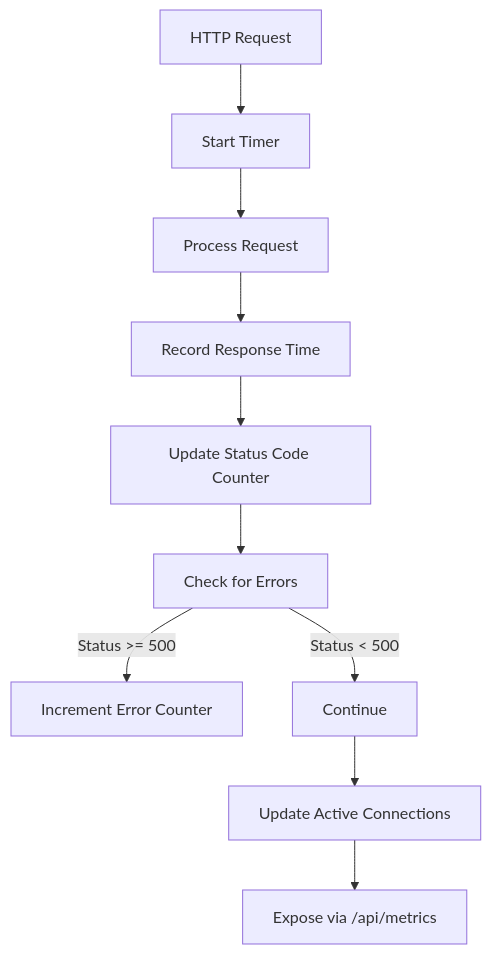
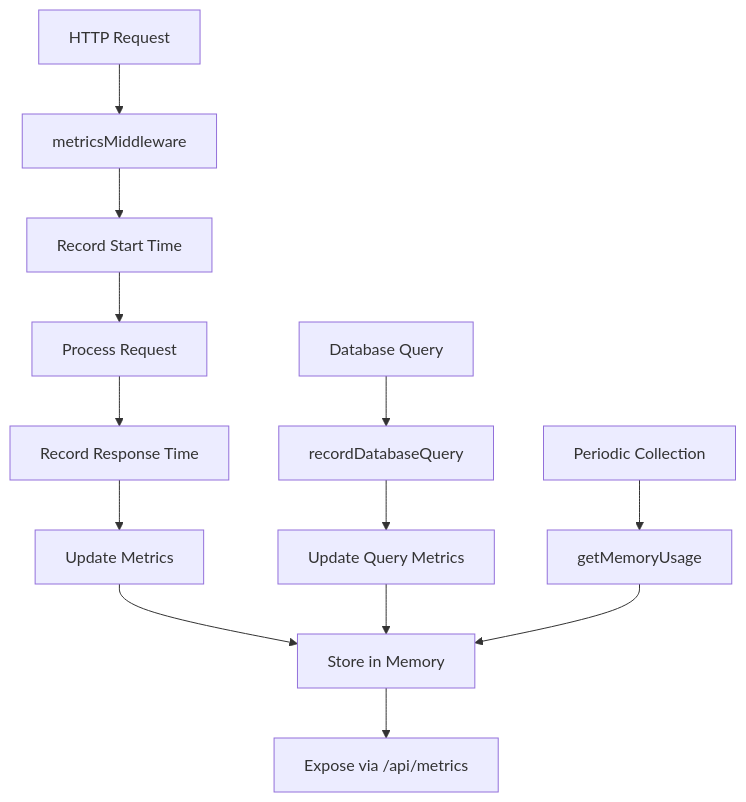
Before and after one commit to GurthBro0ks/slimy-monorepo: the third of 11 diagrams in .qoder/repowiki/en/content/Monitoring and Observability/Monitoring and Observability.md, drawn with Mermaid. The commit also changed other lines of this file and 87 other files, not shown here.

````diff
--- a/.qoder/repowiki/en/content/Monitoring and Observability/Monitoring and Observability.md
+++ b/.qoder/repowiki/en/content/Monitoring and Observability/Monitoring and Observability.md
@@ -97,12 +133,15 @@
 ```mermaid
 flowchart TD
-A[HTTP Request] --> B[Start Timer]
-B --> C[Process Request]
-C --> D[Record Response Time]
-D --> E[Update Status Code Counter]
-E --> F[Check for Errors]
-F --> |Status >= 500| G[Increment Error Counter]
-F --> |Status < 500| H[Continue]
-H --> I[Update Active Connections]
-I --> J[Expose via /api/metrics]
+A[HTTP Request] --> B[metricsMiddleware]
+B --> C[Record Start Time]
+C --> D[Process Request]
+D --> E[Record Response Time]
+E --> F[Update Metrics]
+F --> G[Store in Memory]
+G --> H[Expose via /api/metrics]
+I[Database Query] --> J[recordDatabaseQuery]
+J --> K[Update Query Metrics]
+K --> G
+L[Periodic Collection] --> M[getMemoryUsage]
+M --> G
 ```
````
